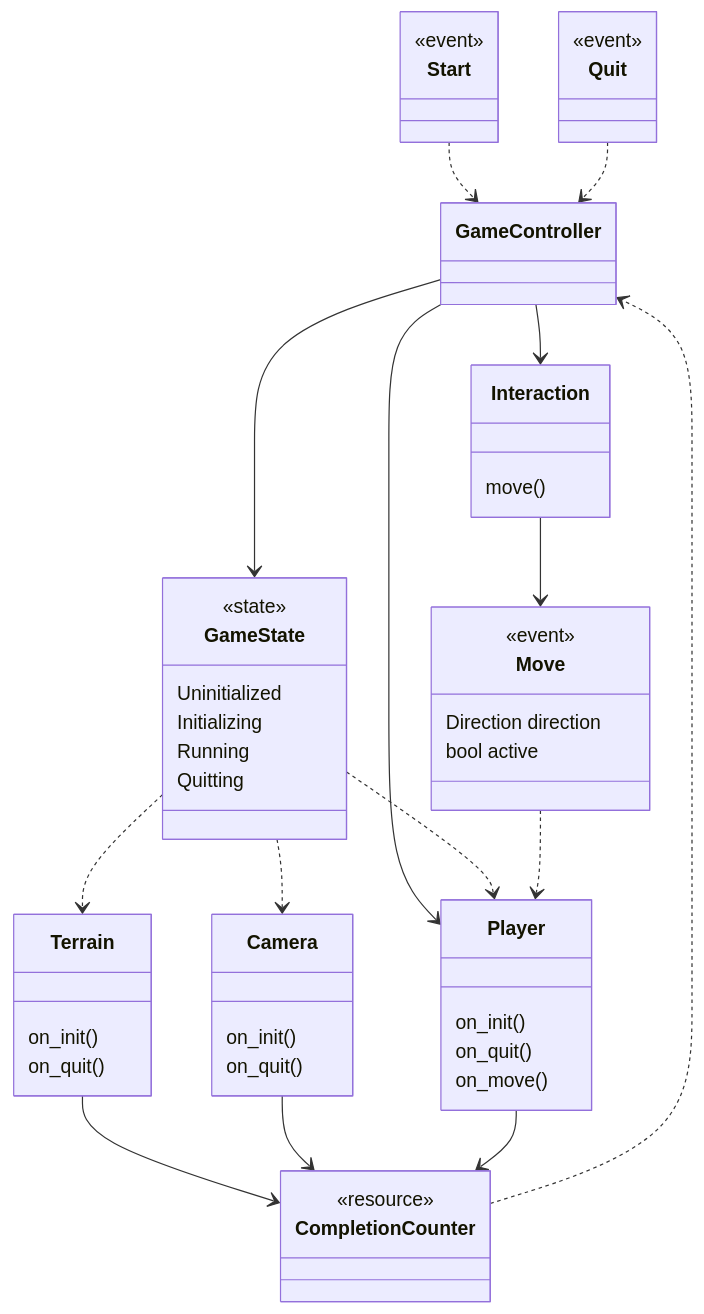
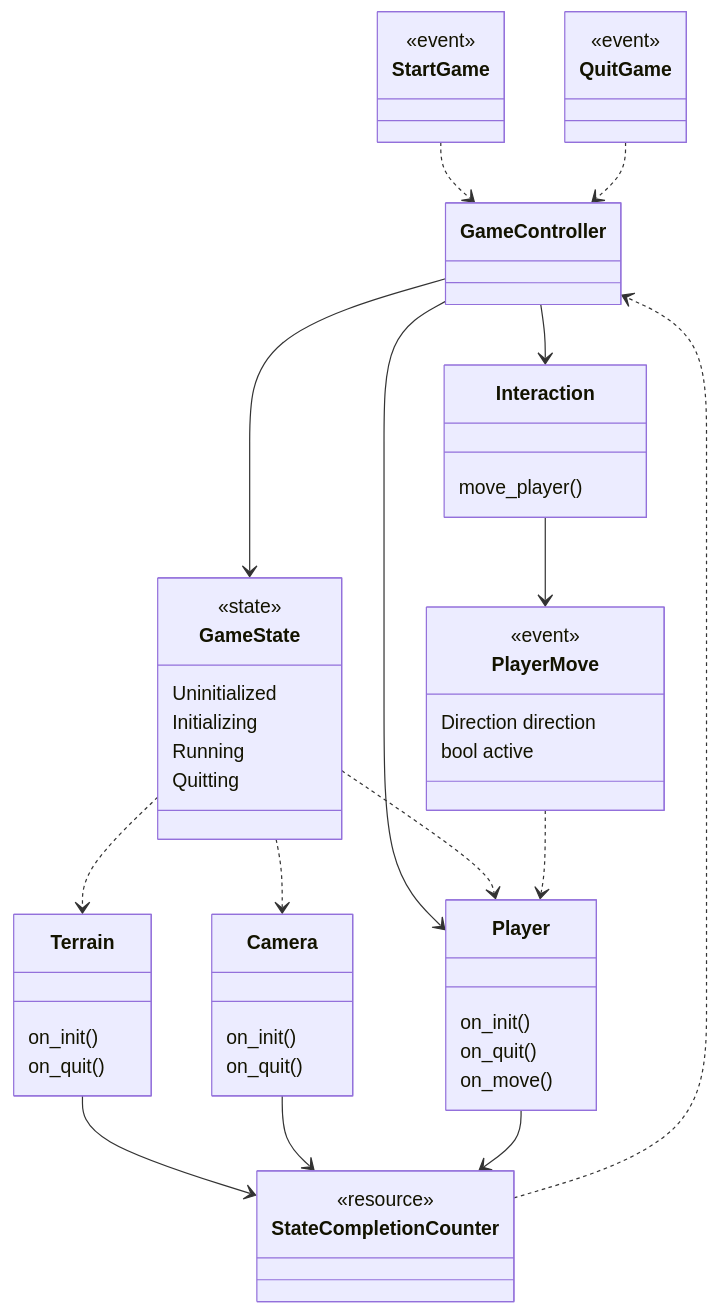
Before and after one commit to IhnoL/bevy_barcamp: the diagram in spec/architecture.mmd, drawn with Mermaid. The commit also changed 18 other files, not shown here.

```diff
--- a/spec/architecture.mmd
+++ b/spec/architecture.mmd
@@ -1,55 +1,55 @@
 %% Mermaid class diagram
 classDiagram
     class GameController{
     }
     class Terrain {
         on_init()
         on_quit()
     }
     class Camera {
         on_init()
         on_quit()
     }
     class Player {
         on_init()
         on_quit()
         on_move()
     }
     class Interaction {
-        move()
+        move_player()
     }
     class GameState {
         <<state>>
         Uninitialized
         Initializing
         Running
         Quitting
     }
-    class Move {
+    class PlayerMove {
         <<event>>
         Direction direction
         bool active
     }
-    class CompletionCounter {
+    class StateCompletionCounter {
         <<resource>>
     }
-    class Start {
+    class StartGame {
         <<event>>
     }
-    class Quit {
+    class QuitGame{
         <<event>>
     }
     GameController --> Interaction
     GameController --> GameState
     GameController --> Player
     GameState ..> Terrain
     GameState ..> Camera
     GameState ..> Player
-    Interaction --> Move
-    Move ..> Player
-    Terrain --> CompletionCounter
-    Camera --> CompletionCounter
-    Player --> CompletionCounter
-    CompletionCounter ..> GameController
-    Start ..> GameController
-    Quit ..> GameController
+    Interaction --> PlayerMove
+    PlayerMove ..> Player
+    Terrain --> StateCompletionCounter
+    Camera --> StateCompletionCounter
+    Player --> StateCompletionCounter
+    StateCompletionCounter ..> GameController
+    StartGame ..> GameController
+    QuitGame..> GameController
```
